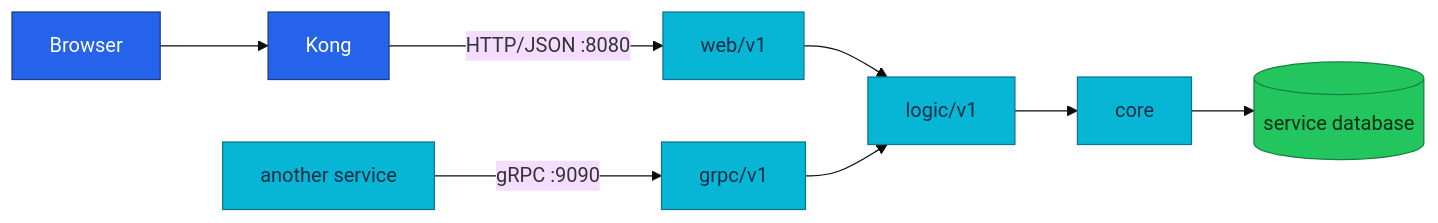
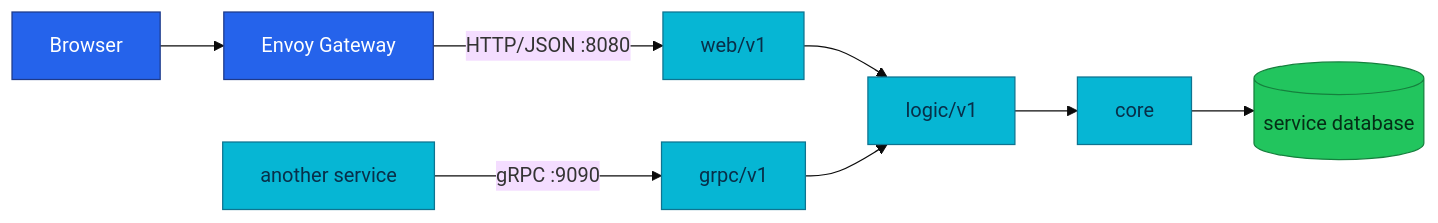
The third of 10 diagrams in docs/api/api.md (duynhlab/homelab), drawn with Mermaid (base theme) before and after one commit. The commit also changed other lines of this file and 28 other files, not shown here.

````diff
--- a/docs/api/api.md
+++ b/docs/api/api.md
@@ -187,17 +187,17 @@
 ```mermaid
 flowchart LR
-    Browser --> Kong
-    Kong -->|"HTTP/JSON :8080"| Web["web/v1"]
+    Browser --> Edge["Envoy Gateway"]
+    Edge -->|"HTTP/JSON :8080"| Web["web/v1"]
     Caller["another service"] -->|"gRPC :9090"| GRPC["grpc/v1"]
     Web --> Logic["logic/v1"]
     GRPC --> Logic
     Logic --> Core["core"]
     Core --> DB[(service database)]
 
     classDef edge fill:#2563eb,color:#fff,stroke:#1e3a8a;
     classDef service fill:#06b6d4,color:#082f49,stroke:#0e7490;
     classDef data fill:#22c55e,color:#052e16,stroke:#15803d;
-    class Browser,Kong edge;
+    class Browser,Edge edge;
     class Caller,Web,GRPC,Logic,Core service;
     class DB data;
 ```
````
